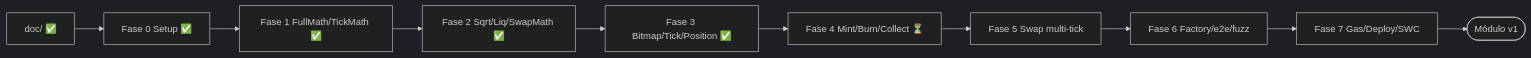
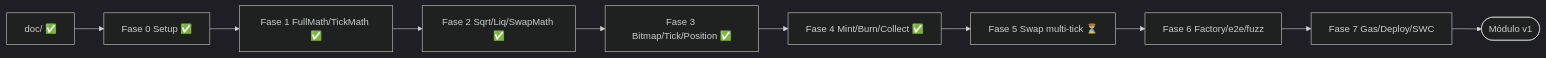
Before and after one commit to rastrahm/amm-v3-concentrated-liquidity: the ninth of 9 diagrams in doc/flujograma.md, drawn with Mermaid (dark theme). The commit also changed other lines of this file and 13 other files, not shown here.

````diff
--- a/doc/flujograma.md
+++ b/doc/flujograma.md
@@ -167,12 +167,12 @@
 ```mermaid
 flowchart LR
     Doc[doc/ ✅] --> F0[Fase 0 Setup ✅]
     F0 --> F1[Fase 1 FullMath/TickMath ✅]
     F1 --> F2[Fase 2 Sqrt/Liq/SwapMath ✅]
     F2 --> F3[Fase 3 Bitmap/Tick/Position ✅]
-    F3 --> F4[Fase 4 Mint/Burn/Collect ⏳]
-    F4 --> F5[Fase 5 Swap multi-tick]
+    F3 --> F4[Fase 4 Mint/Burn/Collect ✅]
+    F4 --> F5[Fase 5 Swap multi-tick ⏳]
     F5 --> F6[Fase 6 Factory/e2e/fuzz]
     F6 --> F7[Fase 7 Gas/Deploy/SWC]
     F7 --> Done([Módulo v1])
 ```
````
